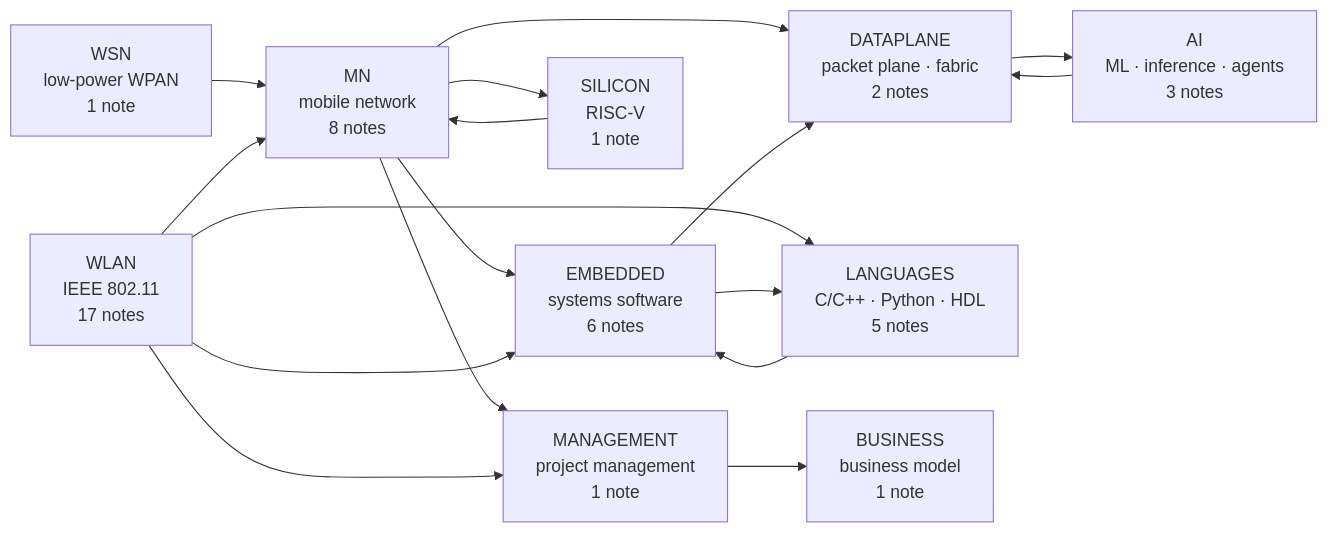
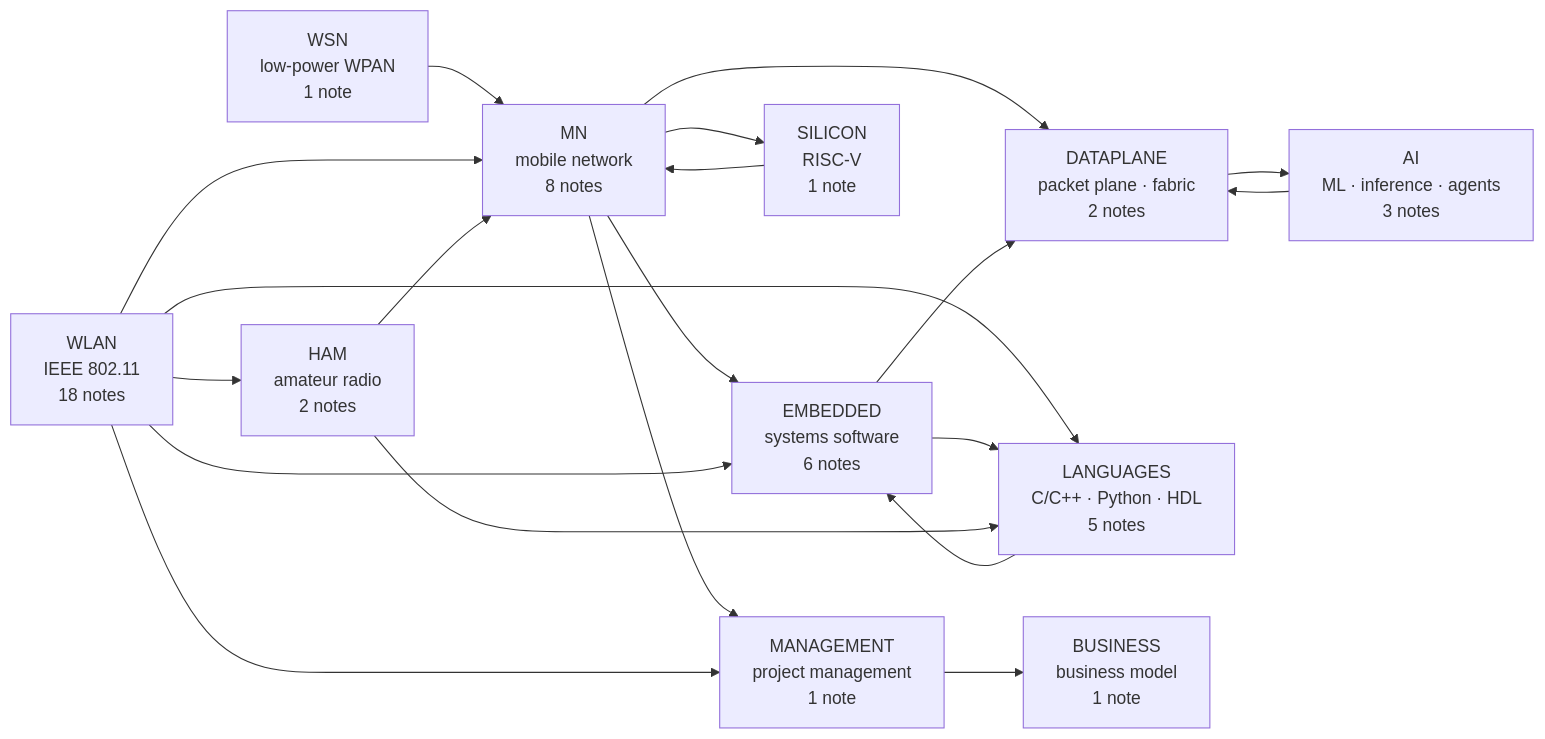
The diagram in knowledge-graph/00 MOC - Comms x Compute x AI Knowledge Graph.md (washingtonxr/xSkills), drawn with Mermaid before and after one commit. The commit also changed other lines of this file and 9 other files, not shown here.

Commit message:
Add notes of ham topic and ai for wifi.

````diff
--- a/knowledge-graph/00 MOC - Comms x Compute x AI Knowledge Graph.md
+++ b/knowledge-graph/00 MOC - Comms x Compute x AI Knowledge Graph.md
@@ -37,30 +37,34 @@
 ```mermaid
 flowchart LR
     MN["MN<br/>mobile network<br/>8 notes"]
-    WLAN["WLAN<br/>IEEE 802.11<br/>17 notes"]
+    WLAN["WLAN<br/>IEEE 802.11<br/>18 notes"]
     WSN["WSN<br/>low-power WPAN<br/>1 note"]
     EMBEDDED["EMBEDDED<br/>systems software<br/>6 notes"]
     DATAPLANE["DATAPLANE<br/>packet plane · fabric<br/>2 notes"]
     AI["AI<br/>ML · inference · agents<br/>3 notes"]
     SILICON["SILICON<br/>RISC-V<br/>1 note"]
     LANGUAGES["LANGUAGES<br/>C/C++ · Python · HDL<br/>5 notes"]
     MANAGEMENT["MANAGEMENT<br/>project management<br/>1 note"]
     BUSINESS["BUSINESS<br/>business model<br/>1 note"]
+    HAM["HAM<br/>amateur radio<br/>2 notes"]
 
     WSN --> MN
     WLAN --> MN
     MN --> EMBEDDED
     MN --> DATAPLANE
     MN --> SILICON
     SILICON --> MN
     WLAN --> EMBEDDED
     WLAN --> LANGUAGES
     EMBEDDED --> LANGUAGES
     LANGUAGES --> EMBEDDED
     EMBEDDED --> DATAPLANE
     DATAPLANE --> AI
     AI --> DATAPLANE
     MN --> MANAGEMENT
+    WLAN --> HAM
+    HAM --> MN
+    HAM --> LANGUAGES
     WLAN --> MANAGEMENT
     MANAGEMENT --> BUSINESS
 ```
````
